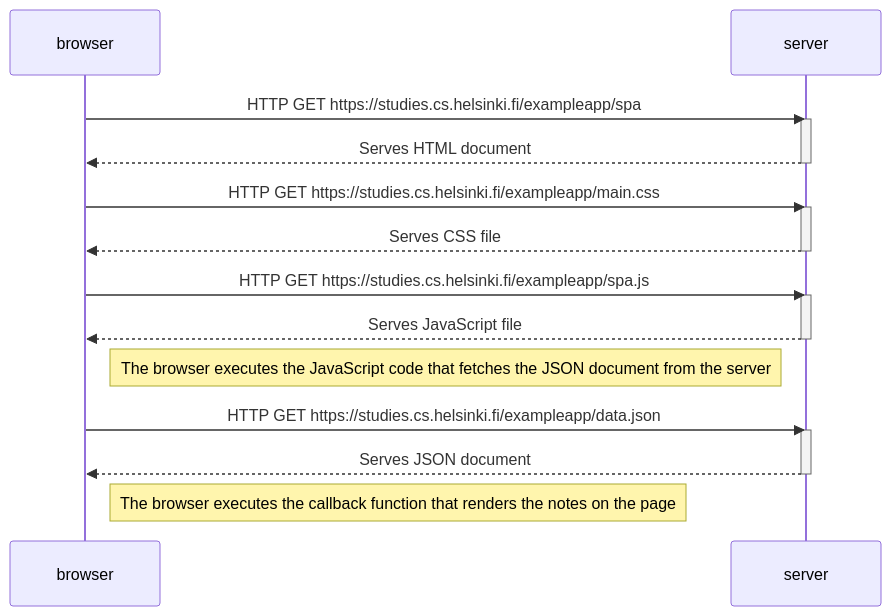
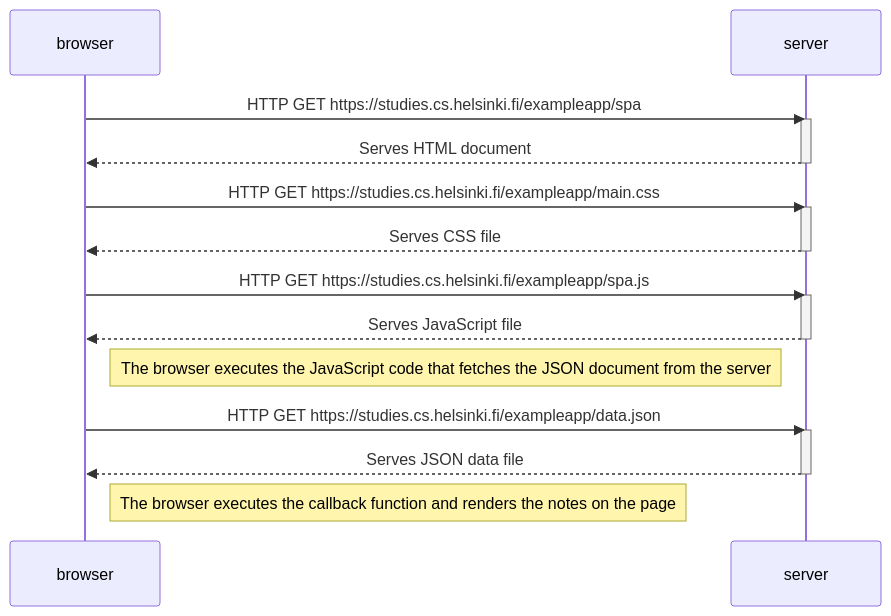
The diagram in spa-diagram/spa-diagram.md (serfoll/fso_part0), drawn with Mermaid before and after one commit.

Commit message:
rewording

````diff
--- a/spa-diagram/spa-diagram.md
+++ b/spa-diagram/spa-diagram.md
@@ -1,33 +1,33 @@
 ```mermaid
 sequenceDiagram
 participant browser
 participant server
 
     browser->>server: HTTP GET https://studies.cs.helsinki.fi/exampleapp/spa
 
     activate server
     server-->>browser: Serves HTML document
     deactivate server
 
     browser->>server: HTTP GET https://studies.cs.helsinki.fi/exampleapp/main.css
 
     activate server
     server-->>browser: Serves CSS file
     deactivate server
 
     browser->>server: HTTP GET https://studies.cs.helsinki.fi/exampleapp/spa.js
 
     activate server
     server-->>browser: Serves JavaScript file
     deactivate server
 
     Note right of browser: The browser executes the JavaScript code that fetches the JSON document from the server
 
     browser->>server: HTTP GET https://studies.cs.helsinki.fi/exampleapp/data.json
 
     activate server
-    server-->>browser: Serves JSON document
+    server-->>browser: Serves JSON data file
     deactivate server
 
-    Note right of browser: The browser executes the callback function that renders the notes on the page
+    Note right of browser: The browser executes the callback function and renders the notes on the page
 ```
````
